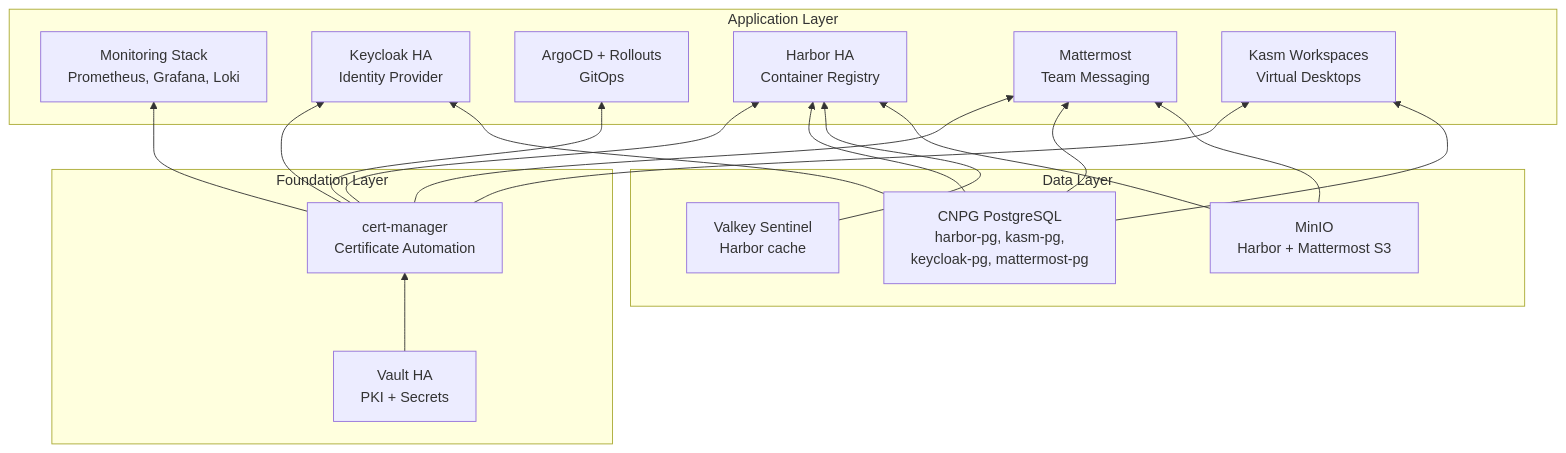
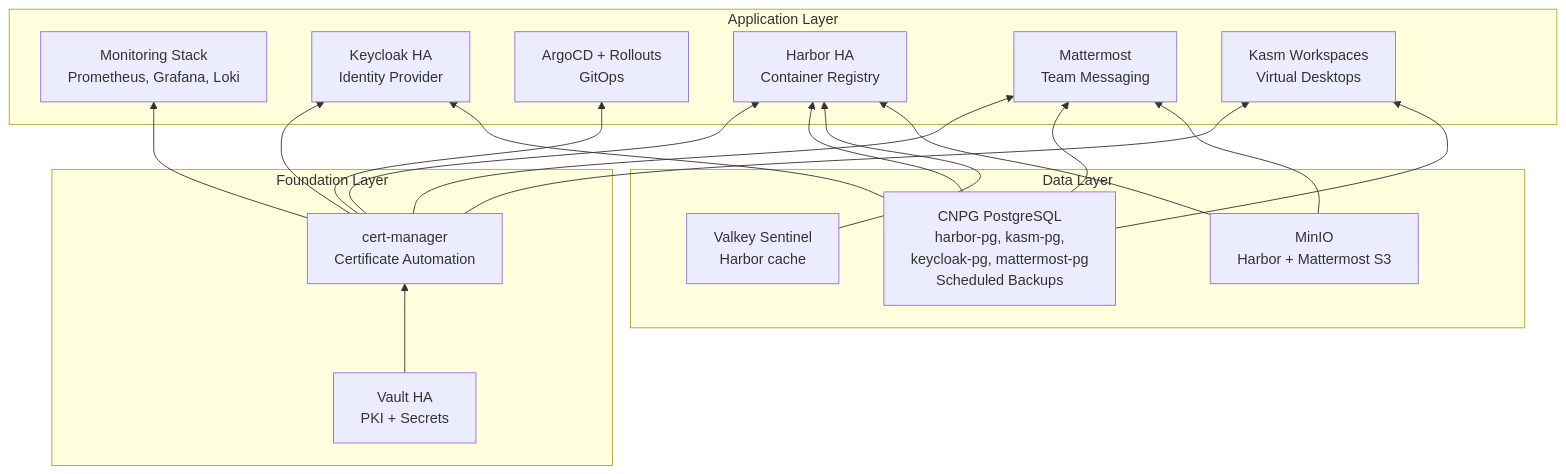
Before and after one commit to derhornspieler/harvester-rke2-platform: the second of 2 diagrams in README.md, drawn with Mermaid. The commit also changed other lines of this file and 50 other files, not shown here.

````diff
--- a/README.md
+++ b/README.md
@@ -63,38 +58,38 @@
 ```mermaid
 graph BT
     subgraph Foundation["Foundation Layer"]
         Vault["Vault HA<br/>PKI + Secrets"]
         CM["cert-manager<br/>Certificate Automation"]
     end
 
     subgraph Data["Data Layer"]
-        CNPG["CNPG PostgreSQL<br/>harbor-pg, kasm-pg,<br/>keycloak-pg, mattermost-pg"]
+        CNPG["CNPG PostgreSQL<br/>harbor-pg, kasm-pg,<br/>keycloak-pg, mattermost-pg<br/>Scheduled Backups"]
         Redis["Valkey Sentinel<br/>Harbor cache"]
         MinIO["MinIO<br/>Harbor + Mattermost S3"]
     end
 
     subgraph Apps["Application Layer"]
         Mon["Monitoring Stack<br/>Prometheus, Grafana, Loki"]
         KC["Keycloak HA<br/>Identity Provider"]
         Argo["ArgoCD + Rollouts<br/>GitOps"]
         Harbor["Harbor HA<br/>Container Registry"]
         MM["Mattermost<br/>Team Messaging"]
         Kasm["Kasm Workspaces<br/>Virtual Desktops"]
     end
 
     Vault --> CM
     CM --> Mon
     CM --> KC
     CM --> Argo
     CM --> Harbor
     CM --> MM
     CM --> Kasm
 
     CNPG --> Harbor
     CNPG --> Kasm
     CNPG --> KC
     CNPG --> MM
     Redis --> Harbor
     MinIO --> Harbor
     MinIO --> MM
 ```
````
